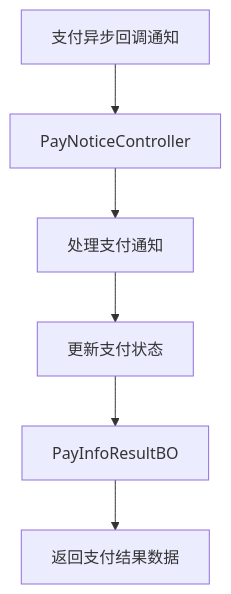
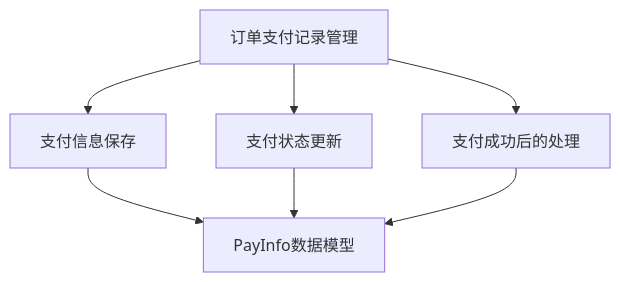
One commit to Symbolk/aider changed the fourth of 6 diagrams in aider/templates/mall4cloud-payment/README.md. Above: the diagram before and after it, drawn with Mermaid. The commit also changed other lines of this file and 3 other files, not shown here.

````diff
--- a/aider/templates/mall4cloud-payment/README.md
+++ b/aider/templates/mall4cloud-payment/README.md
@@ -74,8 +69,9 @@
 ```mermaid
 graph TD
-    A[支付异步回调通知] --> B[PayNoticeController]
-    B --> C[处理支付通知]
-    C --> D[更新支付状态]
-    D --> E[PayInfoResultBO]
-    E --> F[返回支付结果数据]
+    A[订单支付记录管理] --> B[支付信息保存]
+    A --> C[支付状态更新]
+    A --> D[支付成功后的处理]
+    B --> E[PayInfo数据模型]
+    C --> E
+    D --> E
 ```
````
